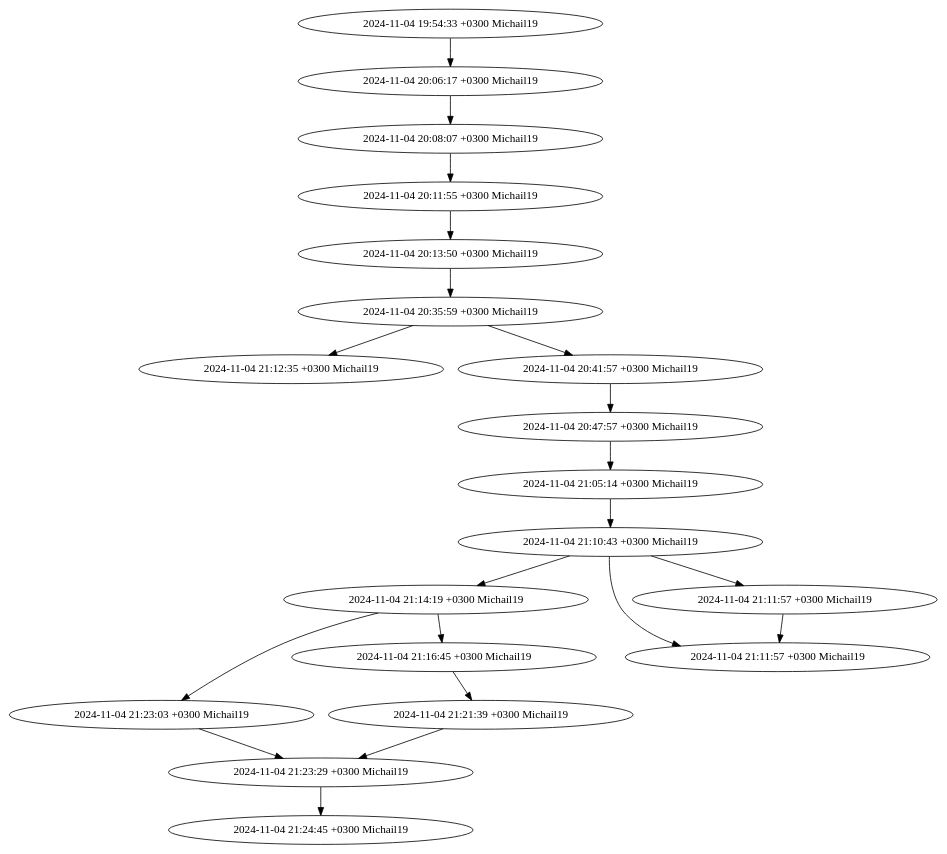
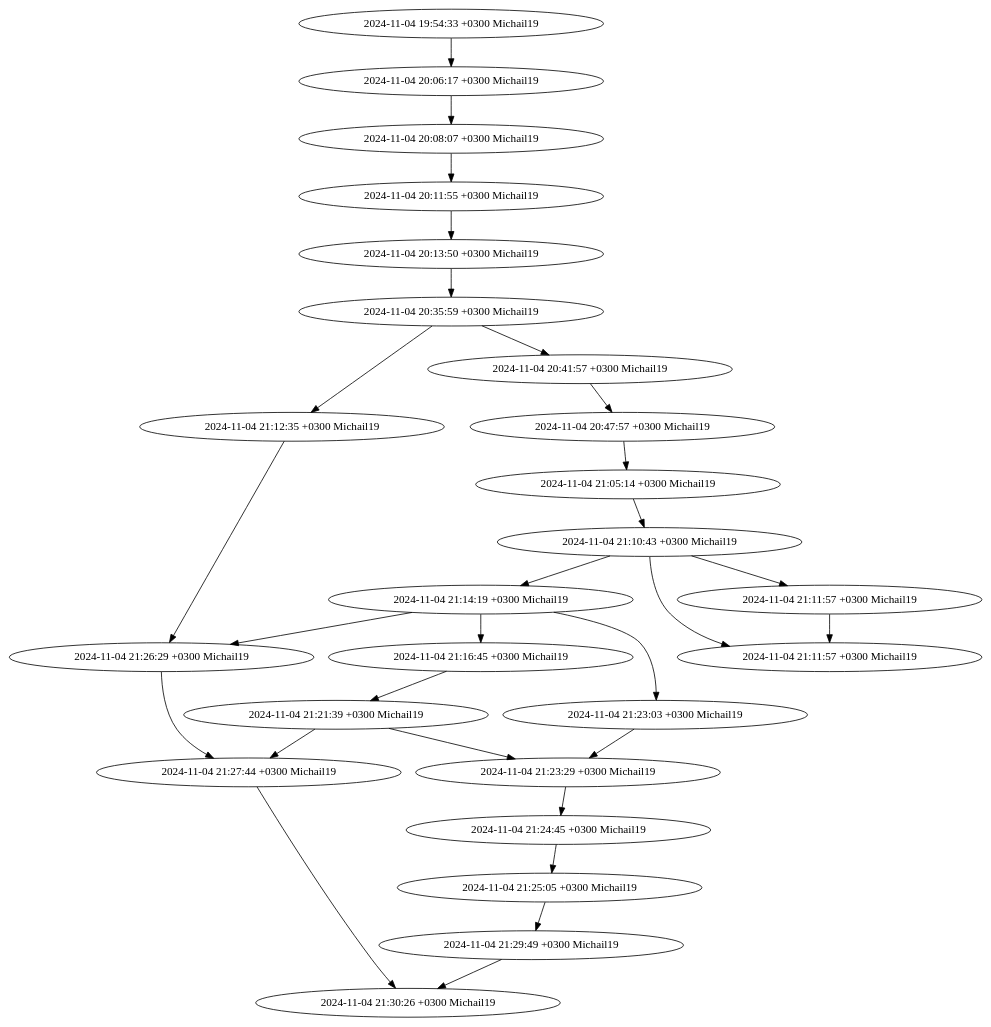
The diagram in graph.dot (Michail19/HomeworkForKU2), drawn with Graphviz before and after one commit. The commit also changed 1 other file, not shown here.

```diff
--- a/graph.dot
+++ b/graph.dot
@@ -1,41 +1,54 @@
 digraph G {
+    "866a92b401ca8e83ca3d6316dcd1e22a87e8d117" [label="2024-11-04 21:30:26 +0300 Michail19"];
+    "7a9c55e732c953dd22e3865b1cc2107096188ec9" -> "866a92b401ca8e83ca3d6316dcd1e22a87e8d117";
+    "73258d26e192bf42274e86f7e9734c17fe21e55b" -> "866a92b401ca8e83ca3d6316dcd1e22a87e8d117";
+    "7a9c55e732c953dd22e3865b1cc2107096188ec9" [label="2024-11-04 21:29:49 +0300 Michail19"];
+    "efd17ccf36fa9608f6c69e0652765e1c54b61b89" -> "7a9c55e732c953dd22e3865b1cc2107096188ec9";
+    "73258d26e192bf42274e86f7e9734c17fe21e55b" [label="2024-11-04 21:27:44 +0300 Michail19"];
+    "4821cdb57677a2af54a3b32aca9c1be37ca16872" -> "73258d26e192bf42274e86f7e9734c17fe21e55b";
+    "7fc610c663c07e7da66307da2faa3662ac333b31" -> "73258d26e192bf42274e86f7e9734c17fe21e55b";
+    "7fc610c663c07e7da66307da2faa3662ac333b31" [label="2024-11-04 21:26:29 +0300 Michail19"];
+    "f2b4ff9571ac4ab389ead3d52375351dd7324293" -> "7fc610c663c07e7da66307da2faa3662ac333b31";
+    "2d0f4fdc62858060ae9614b1424f0938bbaa3a52" -> "7fc610c663c07e7da66307da2faa3662ac333b31";
+    "efd17ccf36fa9608f6c69e0652765e1c54b61b89" [label="2024-11-04 21:25:05 +0300 Michail19"];
+    "9e4e44ee2bd6a0e7eb1ea17b4f37920688e868e3" -> "efd17ccf36fa9608f6c69e0652765e1c54b61b89";
     "9e4e44ee2bd6a0e7eb1ea17b4f37920688e868e3" [label="2024-11-04 21:24:45 +0300 Michail19"];
     "b8d8953f7ce8fc7522e840ef1407c0d3f7119dd0" -> "9e4e44ee2bd6a0e7eb1ea17b4f37920688e868e3";
     "b8d8953f7ce8fc7522e840ef1407c0d3f7119dd0" [label="2024-11-04 21:23:29 +0300 Michail19"];
     "cb0adba88edc4027e7af5d1263faa7728e007dbc" -> "b8d8953f7ce8fc7522e840ef1407c0d3f7119dd0";
     "4821cdb57677a2af54a3b32aca9c1be37ca16872" -> "b8d8953f7ce8fc7522e840ef1407c0d3f7119dd0";
     "cb0adba88edc4027e7af5d1263faa7728e007dbc" [label="2024-11-04 21:23:03 +0300 Michail19"];
     "f2b4ff9571ac4ab389ead3d52375351dd7324293" -> "cb0adba88edc4027e7af5d1263faa7728e007dbc";
     "4821cdb57677a2af54a3b32aca9c1be37ca16872" [label="2024-11-04 21:21:39 +0300 Michail19"];
     "0521441b2467a0f04cd6b93a559208cb02ce9157" -> "4821cdb57677a2af54a3b32aca9c1be37ca16872";
     "0521441b2467a0f04cd6b93a559208cb02ce9157" [label="2024-11-04 21:16:45 +0300 Michail19"];
     "f2b4ff9571ac4ab389ead3d52375351dd7324293" -> "0521441b2467a0f04cd6b93a559208cb02ce9157";
     "f2b4ff9571ac4ab389ead3d52375351dd7324293" [label="2024-11-04 21:14:19 +0300 Michail19"];
     "8b50d4b403be2a20fe8b77a8ab2e54a6161746f5" -> "f2b4ff9571ac4ab389ead3d52375351dd7324293";
     "2d0f4fdc62858060ae9614b1424f0938bbaa3a52" [label="2024-11-04 21:12:35 +0300 Michail19"];
     "370b81cb2696b5585780ff9c1359753ce070d8a6" -> "2d0f4fdc62858060ae9614b1424f0938bbaa3a52";
     "275e2999aaa4cb91f1d07816f954d0aa32208cb1" [label="2024-11-04 21:11:57 +0300 Michail19"];
     "8b50d4b403be2a20fe8b77a8ab2e54a6161746f5" -> "275e2999aaa4cb91f1d07816f954d0aa32208cb1";
     "fb33023bd82753f7163abd109360c7dacd0322f6" -> "275e2999aaa4cb91f1d07816f954d0aa32208cb1";
     "fb33023bd82753f7163abd109360c7dacd0322f6" [label="2024-11-04 21:11:57 +0300 Michail19"];
     "8b50d4b403be2a20fe8b77a8ab2e54a6161746f5" -> "fb33023bd82753f7163abd109360c7dacd0322f6";
     "8b50d4b403be2a20fe8b77a8ab2e54a6161746f5" [label="2024-11-04 21:10:43 +0300 Michail19"];
     "20d60cd260b4c83e5d54e93c36e41720101eb681" -> "8b50d4b403be2a20fe8b77a8ab2e54a6161746f5";
     "20d60cd260b4c83e5d54e93c36e41720101eb681" [label="2024-11-04 21:05:14 +0300 Michail19"];
     "9b440faa52a7ab727df50053aa68a014c2ebaf03" -> "20d60cd260b4c83e5d54e93c36e41720101eb681";
     "9b440faa52a7ab727df50053aa68a014c2ebaf03" [label="2024-11-04 20:47:57 +0300 Michail19"];
     "6e5519de86204676ec1090770f51b928f61f6c24" -> "9b440faa52a7ab727df50053aa68a014c2ebaf03";
     "6e5519de86204676ec1090770f51b928f61f6c24" [label="2024-11-04 20:41:57 +0300 Michail19"];
     "370b81cb2696b5585780ff9c1359753ce070d8a6" -> "6e5519de86204676ec1090770f51b928f61f6c24";
     "370b81cb2696b5585780ff9c1359753ce070d8a6" [label="2024-11-04 20:35:59 +0300 Michail19"];
     "6e44a9eccef9dc107c26c453559d669ebd84dbcc" -> "370b81cb2696b5585780ff9c1359753ce070d8a6";
     "6e44a9eccef9dc107c26c453559d669ebd84dbcc" [label="2024-11-04 20:13:50 +0300 Michail19"];
     "46367f7de67175d5f03c9e8ae2067ac21fec0a92" -> "6e44a9eccef9dc107c26c453559d669ebd84dbcc";
     "46367f7de67175d5f03c9e8ae2067ac21fec0a92" [label="2024-11-04 20:11:55 +0300 Michail19"];
     "49837d93d4a5fb59956aadbba3c262efa4b05267" -> "46367f7de67175d5f03c9e8ae2067ac21fec0a92";
     "49837d93d4a5fb59956aadbba3c262efa4b05267" [label="2024-11-04 20:08:07 +0300 Michail19"];
     "1c911d746562f2b41f69b62a80a2f5a56168f865" -> "49837d93d4a5fb59956aadbba3c262efa4b05267";
     "1c911d746562f2b41f69b62a80a2f5a56168f865" [label="2024-11-04 20:06:17 +0300 Michail19"];
     "27dfd2e4035db62bb239fdf60053539fa3b2f90f" -> "1c911d746562f2b41f69b62a80a2f5a56168f865";
     "27dfd2e4035db62bb239fdf60053539fa3b2f90f" [label="2024-11-04 19:54:33 +0300 Michail19"];
 }
```
